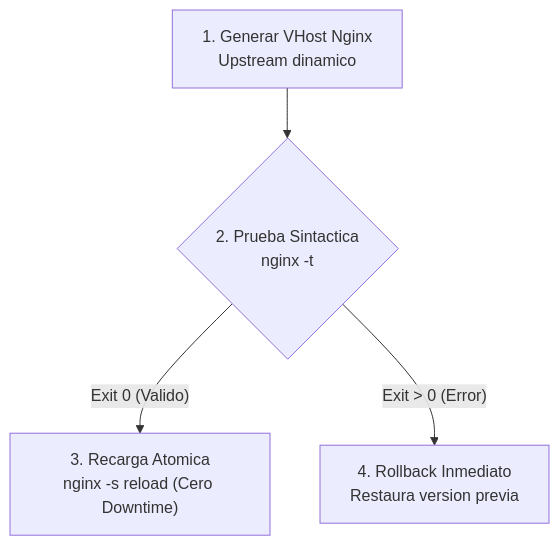
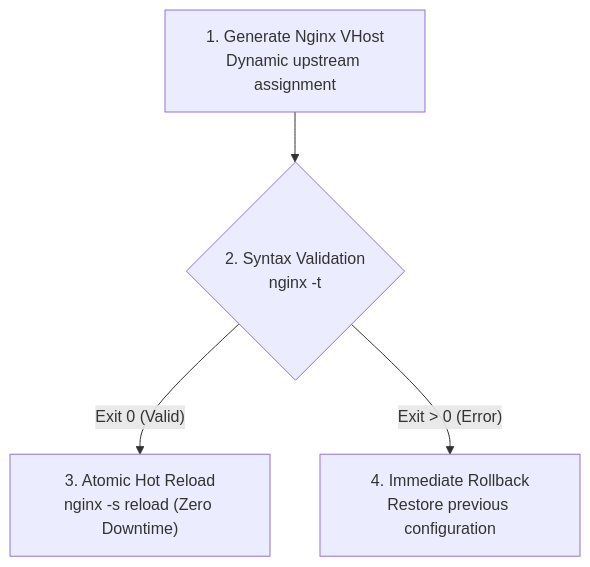
One commit to isora-cloud-group/stratum-hub changed the fourth of 4 diagrams in ARCHITECTURE.md. Above: the diagram before and after it, drawn with Mermaid. The commit also changed other lines of this file and 7 other files, not shown here.

````diff
--- a/ARCHITECTURE.md
+++ b/ARCHITECTURE.md
@@ -130,7 +132,7 @@
 ```mermaid
 flowchart TD
-    G1["1. Generar VHost Nginx<br/>Upstream dinamico"] --> T1{"2. Prueba Sintactica<br/>nginx -t"}
+    G1["1. Generate Nginx VHost<br/>Dynamic upstream assignment"] --> T1{"2. Syntax Validation<br/>nginx -t"}
     
-    T1 -->|"Exit 0 (Valido)"| RELOAD["3. Recarga Atomica<br/>nginx -s reload (Cero Downtime)"]
-    T1 -->|"Exit > 0 (Error)"| ROLLBACK["4. Rollback Inmediato<br/>Restaura version previa"]
+    T1 -->|"Exit 0 (Valid)"| RELOAD["3. Atomic Hot Reload<br/>nginx -s reload (Zero Downtime)"]
+    T1 -->|"Exit > 0 (Error)"| ROLLBACK["4. Immediate Rollback<br/>Restore previous configuration"]
 ```
````
